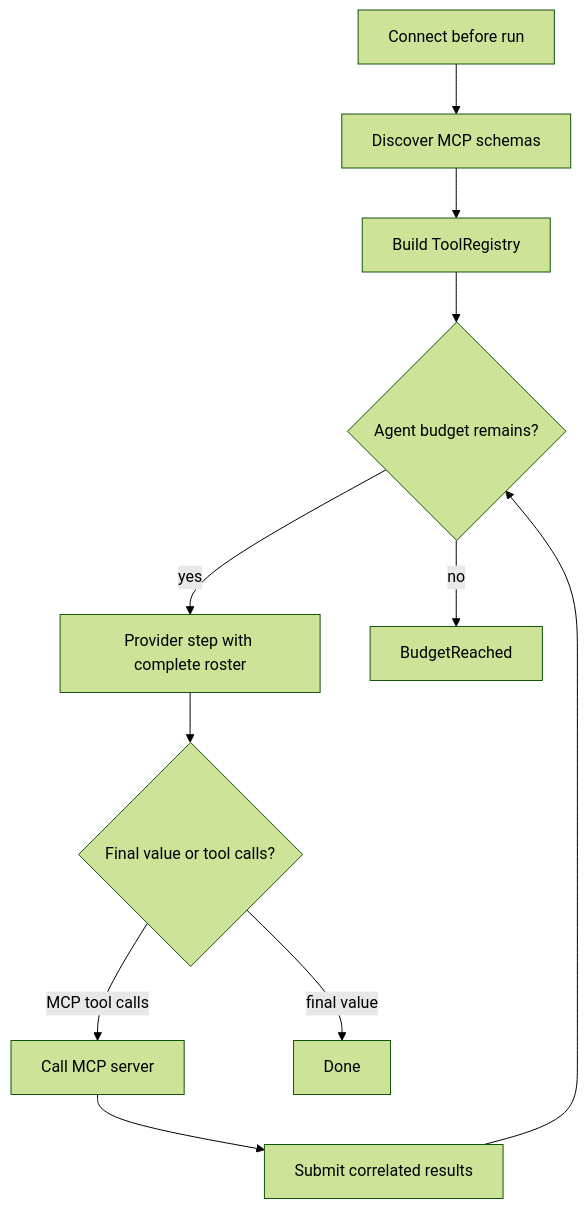
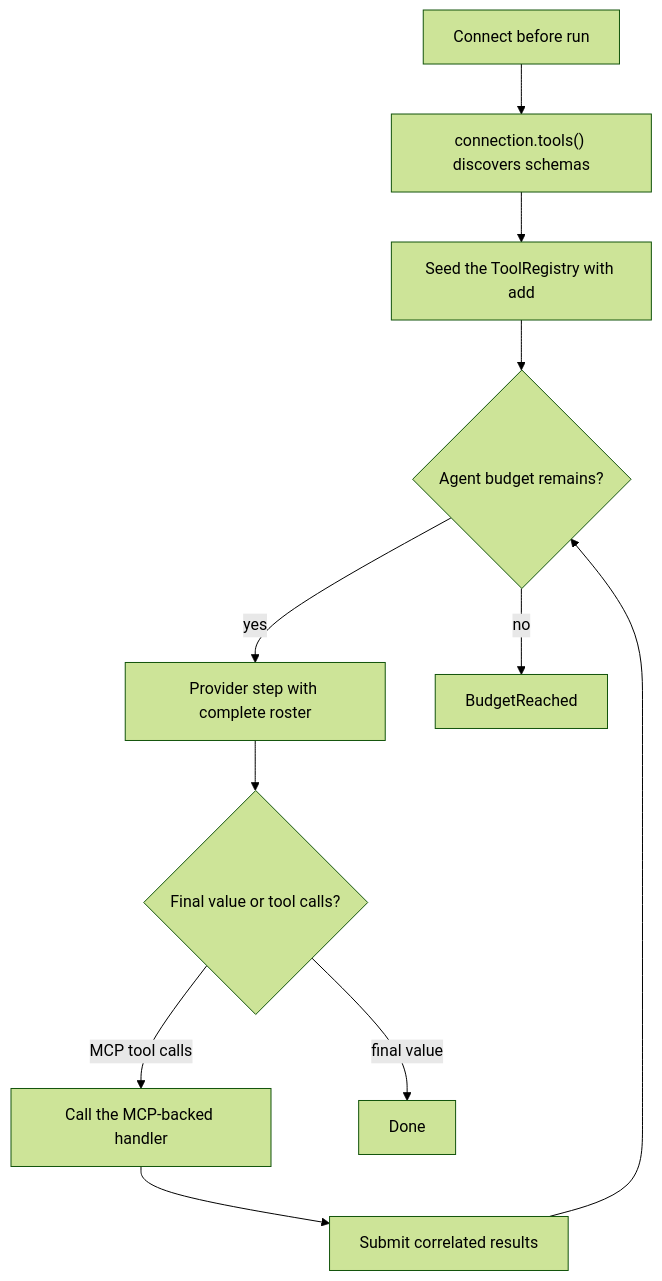
The second of 2 diagrams in baml_language/_plan/bepv4/pages/dynamic-tools-and-mcp.md (BoundaryML/baml), drawn with Mermaid (forest theme) before and after one commit. The commit also changed other lines of this file and 229 other files, not shown here.

````diff
--- a/baml_language/_plan/bepv4/pages/dynamic-tools-and-mcp.md
+++ b/baml_language/_plan/bepv4/pages/dynamic-tools-and-mcp.md
@@ -162,13 +205,13 @@
 ```mermaid
 flowchart TD
-  connect["Connect before run"] --> discover["Discover MCP schemas"]
-  discover --> registry["Build ToolRegistry"]
+  connect["Connect before run"] --> discover["connection.tools() discovers schemas"]
+  discover --> registry["Seed the ToolRegistry with add"]
   registry --> budget{"Agent budget remains?"}
   budget -->|yes| model["Provider step with complete roster"]
   model --> result{"Final value or tool calls?"}
-  result -->|MCP tool calls| mcp["Call MCP server"]
+  result -->|MCP tool calls| mcp["Call the MCP-backed handler"]
   mcp --> submit["Submit correlated results"]
   submit --> budget
   result -->|final value| done["Done<Resolution>"]
   budget -->|no| stopped["BudgetReached"]
 ```
````
